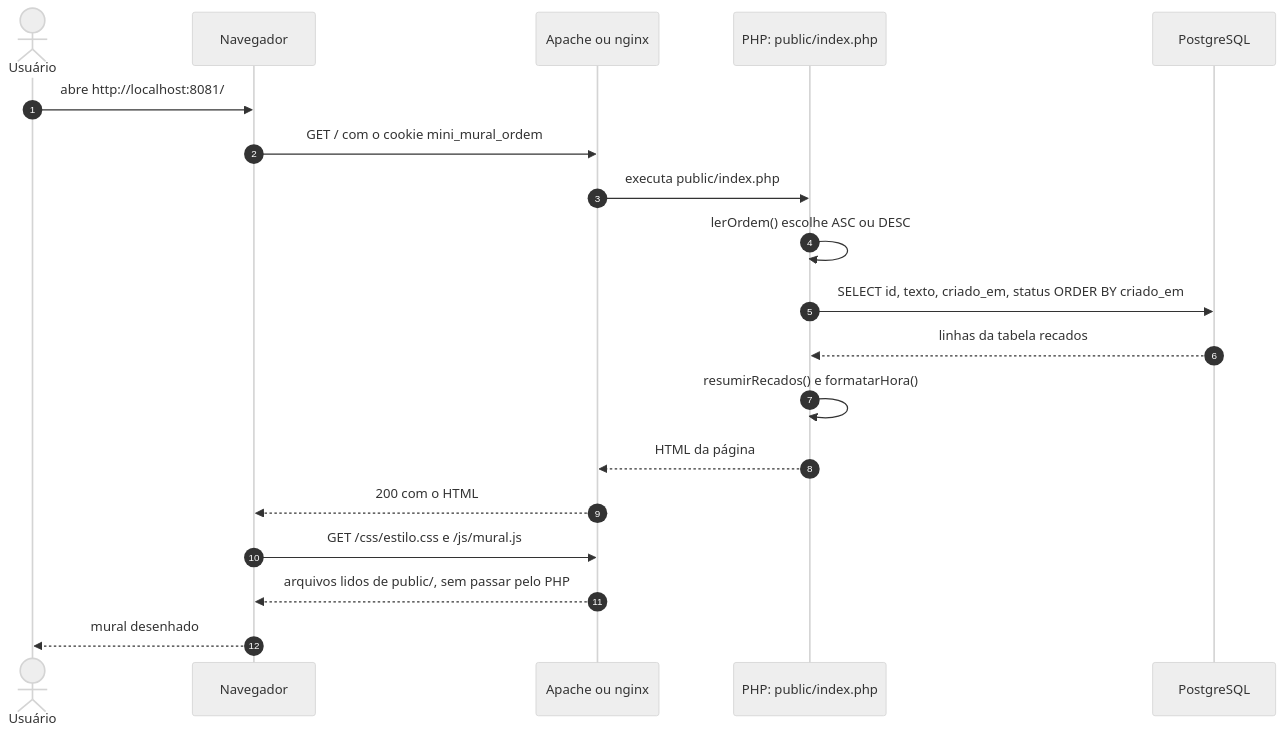
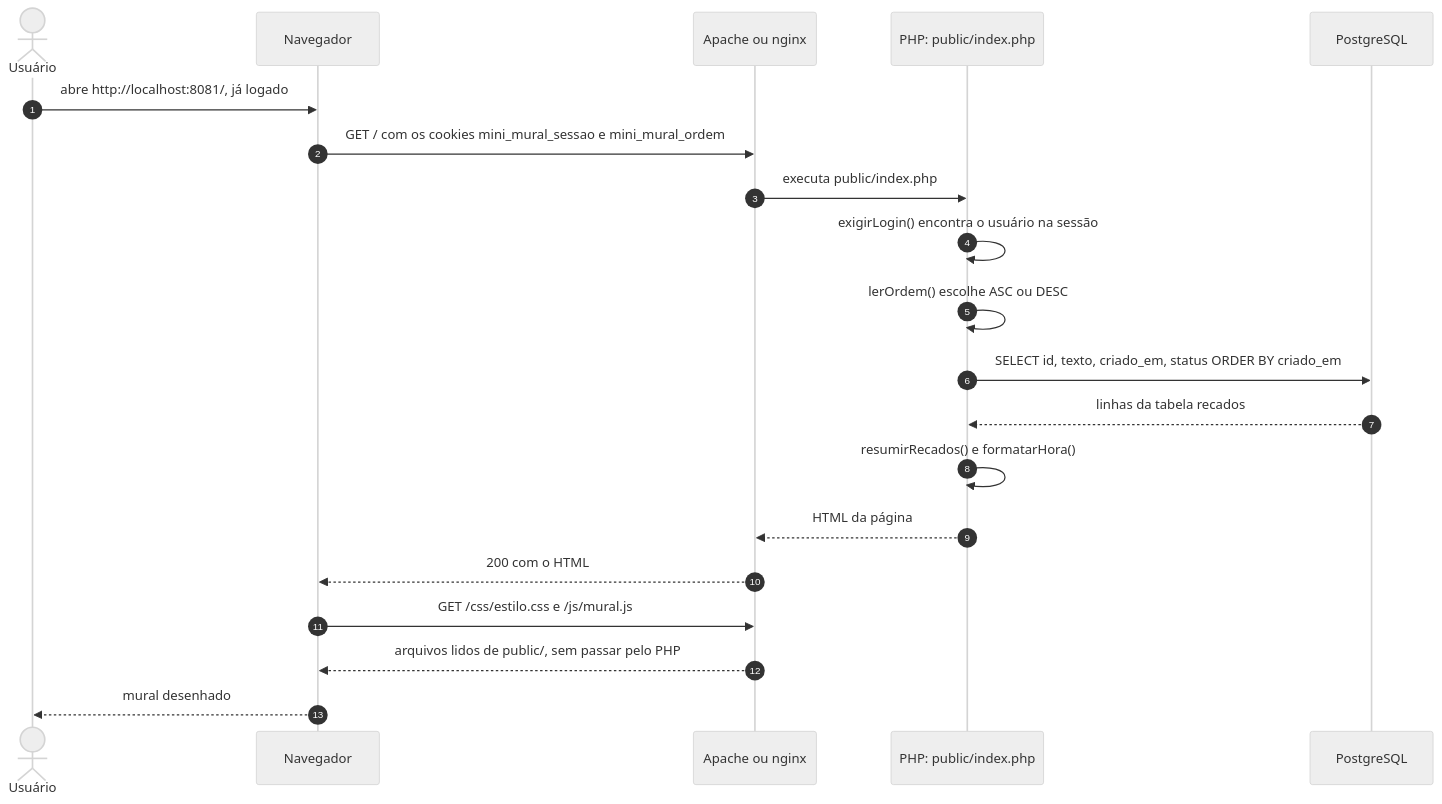
One commit to jacksongomesbr/uft-cc-dwm-mini-mural-php changed the second of 10 diagrams in docs/funcionamento.md. Above: the diagram before and after it, drawn with Mermaid (neutral theme). The commit also changed other lines of this file and 6 other files, not shown here.

````diff
--- a/docs/funcionamento.md
+++ b/docs/funcionamento.md
@@ -94,22 +114,23 @@
 ```mermaid
 sequenceDiagram
     autonumber
     actor U as Usuário
     participant N as Navegador
     participant S as Apache ou nginx
     participant P as PHP: public/index.php
     participant B as PostgreSQL
 
-    U->>N: abre http://localhost:8081/
-    N->>S: GET / com o cookie mini_mural_ordem
+    U->>N: abre http://localhost:8081/, já logado
+    N->>S: GET / com os cookies mini_mural_sessao e mini_mural_ordem
     S->>P: executa public/index.php
+    P->>P: exigirLogin() encontra o usuário na sessão
     P->>P: lerOrdem() escolhe ASC ou DESC
     P->>B: SELECT id, texto, criado_em, status ORDER BY criado_em
     B-->>P: linhas da tabela recados
     P->>P: resumirRecados() e formatarHora()
     P-->>S: HTML da página
     S-->>N: 200 com o HTML
     N->>S: GET /css/estilo.css e /js/mural.js
     S-->>N: arquivos lidos de public/, sem passar pelo PHP
     N-->>U: mural desenhado
 ```
````
